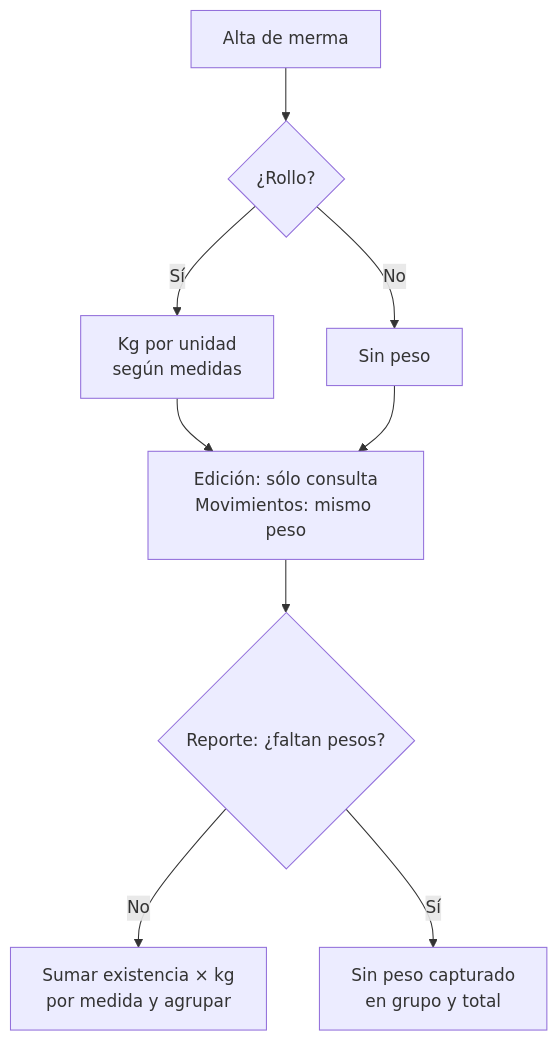
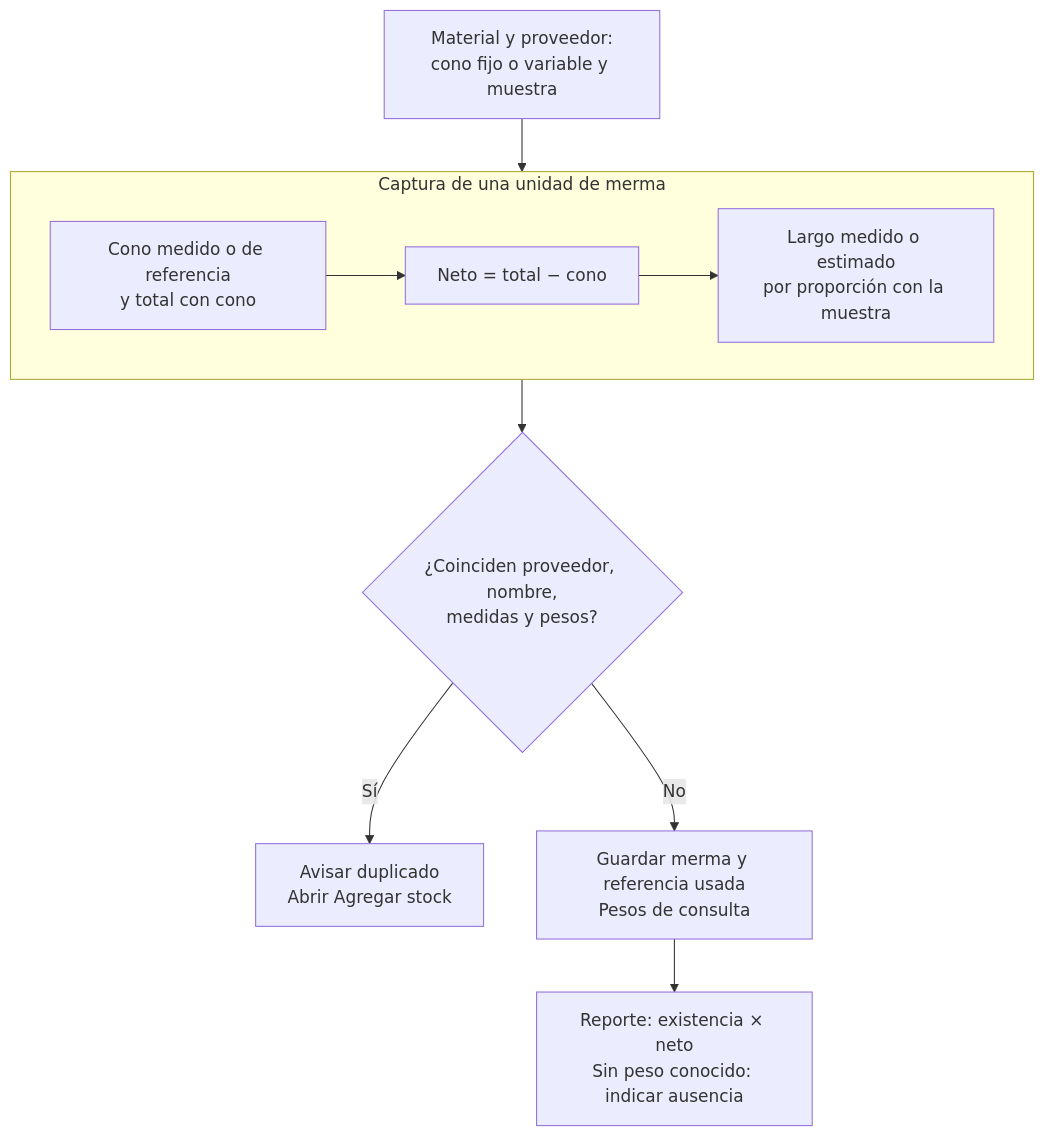
The diagram in docs/requirements/requirements-specification/04-unified-catalog-by-scope/04-queries-reports-and-modeled-functions.md (gpgsistemas01/nexus), drawn with Mermaid before and after one commit. The commit also changed other lines of this file and 87 other files, not shown here.

````diff
--- a/docs/requirements/requirements-specification/04-unified-catalog-by-scope/04-queries-reports-and-modeled-functions.md
+++ b/docs/requirements/requirements-specification/04-unified-catalog-by-scope/04-queries-reports-and-modeled-functions.md
@@ -61,11 +61,13 @@
 ```mermaid
 flowchart TB
-    Alta["Alta de merma"] --> Rollo{"¿Rollo?"}
-    Rollo -->|Sí| Captura["Kg por unidad<br/>según medidas"]
-    Rollo -->|No| Otra["Sin peso"]
-    Captura --> Consulta["Edición: sólo consulta<br/>Movimientos: mismo peso"]
-    Otra --> Consulta
-    Consulta --> Reporte{"Reporte: ¿faltan pesos?"}
-    Reporte -->|No| Total["Sumar existencia × kg<br/>por medida y agrupar"]
-    Reporte -->|Sí| Desconocido["Sin peso capturado<br/>en grupo y total"]
+    Oferta["Material y proveedor:<br/>cono fijo o variable y muestra"] --> Pesos
+    subgraph Pesos["Captura de una unidad de merma"]
+        direction LR
+        Captura["Cono medido o de referencia<br/>y total con cono"] --> Neto["Neto = total − cono"]
+        Neto --> Largo["Largo medido o estimado<br/>por proporción con la muestra"]
+    end
+    Pesos --> Identidad{"¿Coinciden proveedor, nombre,<br/>medidas y pesos?"}
+    Identidad -->|Sí| Stock["Avisar duplicado<br/>Abrir Agregar stock"]
+    Identidad -->|No| Guardar["Guardar merma y referencia usada<br/>Pesos de consulta"]
+    Guardar --> Reporte["Reporte: existencia × neto<br/>Sin peso conocido: indicar ausencia"]
 ```
````
